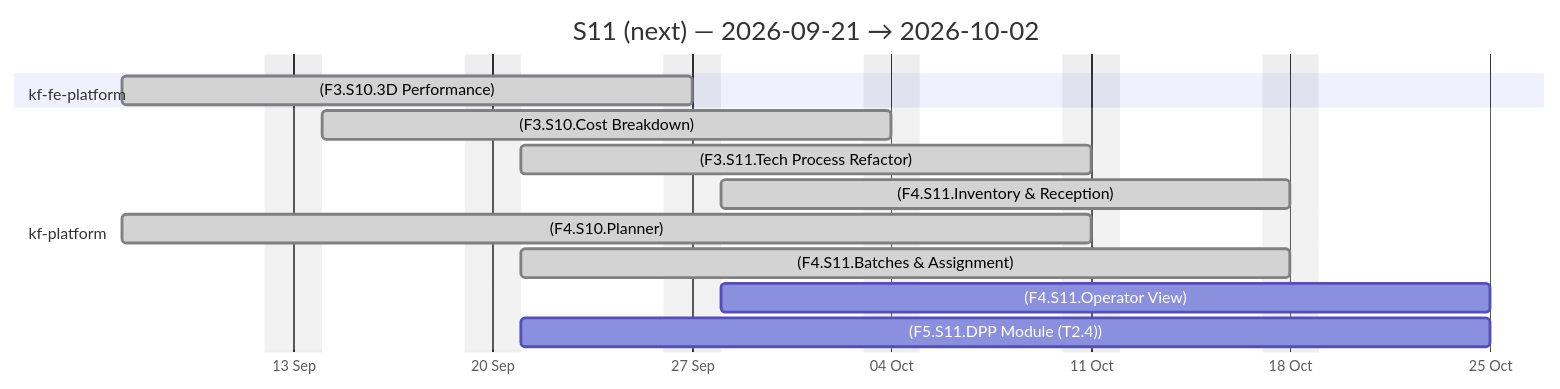
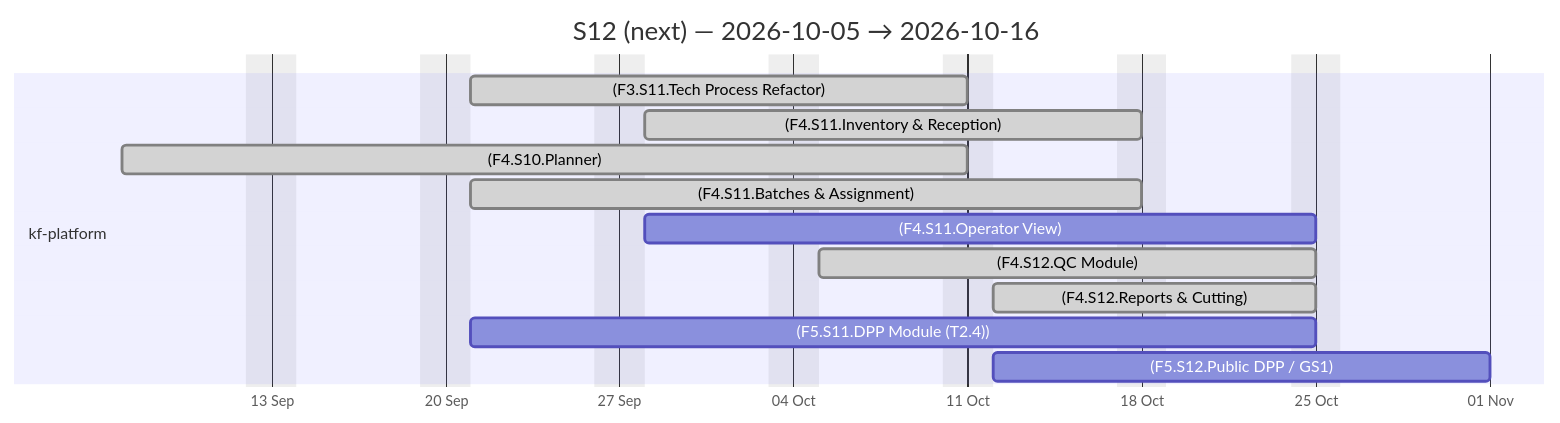
The fourth of 4 diagrams in docs/agile-sprints.md (Katty-Fashion/kf-cpto), drawn with Mermaid before and after one commit. The commit also changed other lines of this file and 15 other files, not shown here.

````diff
--- a/docs/agile-sprints.md
+++ b/docs/agile-sprints.md
@@ -92,18 +95,18 @@
 ```mermaid
 gantt
-    title S11 (next) — 2026-09-21 → 2026-10-02
+    title S12 (next) — 2026-10-05 → 2026-10-16
     dateFormat YYYY-MM-DD
     axisFormat %d %b
     excludes weekends
 
-    section kf-fe-platform
-    (F3.S10.3D Performance) :done, 2026-09-07, 2026-09-27
     section kf-platform
-    (F3.S10.Cost Breakdown) :done, 2026-09-14, 2026-10-04
     (F3.S11.Tech Process Refactor) :done, 2026-09-21, 2026-10-11
     (F4.S11.Inventory & Reception) :done, 2026-09-28, 2026-10-18
     (F4.S10.Planner) :done, 2026-09-07, 2026-10-11
     (F4.S11.Batches & Assignment) :done, 2026-09-21, 2026-10-18
     (F4.S11.Operator View) :2026-09-28, 2026-10-25
+    (F4.S12.QC Module) :done, 2026-10-05, 2026-10-25
+    (F4.S12.Reports & Cutting) :done, 2026-10-12, 2026-10-25
     (F5.S11.DPP Module (T2.4)) :2026-09-21, 2026-10-25
+    (F5.S12.Public DPP / GS1) :2026-10-12, 2026-11-01
 ```
````
